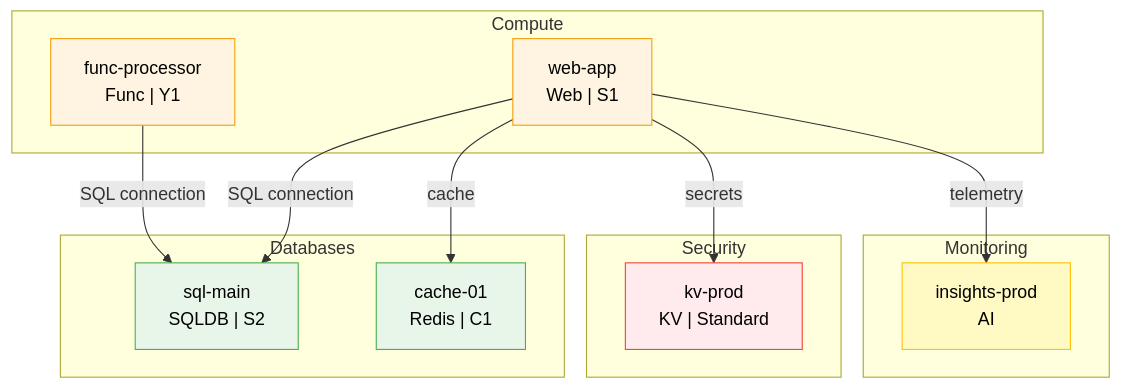
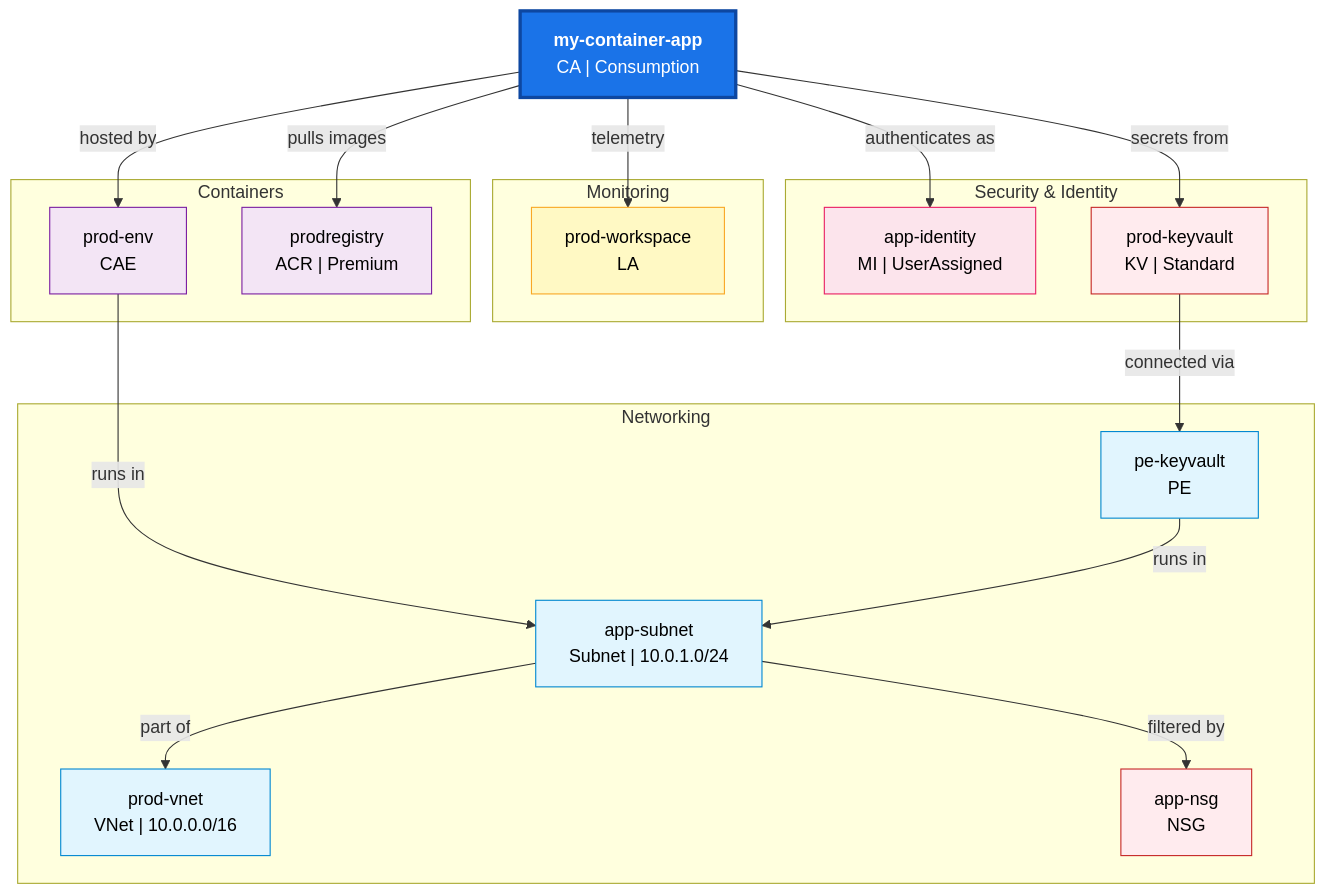
One commit to mindmorass/reflex changed the first of 3 diagrams in plugins/reflex/skills/azure-resource-discovery/SKILL.md. Above: the diagram before and after it, drawn with Mermaid. The commit also changed other lines of this file and 3 other files, not shown here.

````diff
--- a/plugins/reflex/skills/azure-resource-discovery/SKILL.md
+++ b/plugins/reflex/skills/azure-resource-discovery/SKILL.md
@@ -195,33 +513,47 @@
 ```mermaid
 flowchart TB
-    subgraph Compute["Compute"]
-        WEB["web-app<br/>Web | S1"]
-        FUNC["func-processor<br/>Func | Y1"]
+    TARGET["<b>my-container-app</b><br/>CA | Consumption"]
+
+    subgraph Networking["Networking"]
+        VNET["prod-vnet<br/>VNet | 10.0.0.0/16"]
+        SUBNET["app-subnet<br/>Subnet | 10.0.1.0/24"]
+        NSG["app-nsg<br/>NSG"]
+        PE["pe-keyvault<br/>PE"]
     end
 
-    subgraph Data["Databases"]
-        SQL["sql-main<br/>SQLDB | S2"]
-        REDIS["cache-01<br/>Redis | C1"]
-    end
-
-    subgraph Security["Security"]
-        KV["kv-prod<br/>KV | Standard"]
+    subgraph Security["Security & Identity"]
+        MI["app-identity<br/>MI | UserAssigned"]
+        KV["prod-keyvault<br/>KV | Standard"]
     end
 
     subgraph Monitoring["Monitoring"]
-        AI["insights-prod<br/>AI"]
+        LA["prod-workspace<br/>LA"]
     end
 
-    WEB -->|SQL connection| SQL
-    WEB -->|cache| REDIS
-    WEB -->|secrets| KV
-    WEB -->|telemetry| AI
-    FUNC -->|SQL connection| SQL
+    subgraph Containers["Containers"]
+        CAE["prod-env<br/>CAE"]
+        ACR["prodregistry<br/>ACR | Premium"]
+    end
 
-    style WEB fill:#fff4e1,stroke:#f59e0b,color:#000
-    style FUNC fill:#fff4e1,stroke:#f59e0b,color:#000
-    style SQL fill:#e8f5e9,stroke:#4caf50,color:#000
-    style REDIS fill:#e8f5e9,stroke:#4caf50,color:#000
-    style KV fill:#ffebee,stroke:#f44336,color:#000
-    style AI fill:#fff9c4,stroke:#ffc107,color:#000
+    TARGET -->|hosted by| CAE
+    TARGET -->|pulls images| ACR
+    TARGET -->|authenticates as| MI
+    TARGET -->|secrets from| KV
+    TARGET -->|telemetry| LA
+    CAE -->|runs in| SUBNET
+    SUBNET -->|part of| VNET
+    SUBNET -->|filtered by| NSG
+    KV -->|connected via| PE
+    PE -->|runs in| SUBNET
+
+    style TARGET fill:#1a73e8,stroke:#0d47a1,color:#fff,stroke-width:3px
+    style VNET fill:#e1f5fe,stroke:#0288d1,color:#000
+    style SUBNET fill:#e1f5fe,stroke:#0288d1,color:#000
+    style NSG fill:#ffebee,stroke:#c62828,color:#000
+    style PE fill:#e1f5fe,stroke:#0288d1,color:#000
+    style MI fill:#fce4ec,stroke:#e91e63,color:#000
+    style KV fill:#ffebee,stroke:#c62828,color:#000
+    style LA fill:#fff9c4,stroke:#f9a825,color:#000
+    style CAE fill:#f3e5f5,stroke:#7b1fa2,color:#000
+    style ACR fill:#f3e5f5,stroke:#7b1fa2,color:#000
 ```
````
